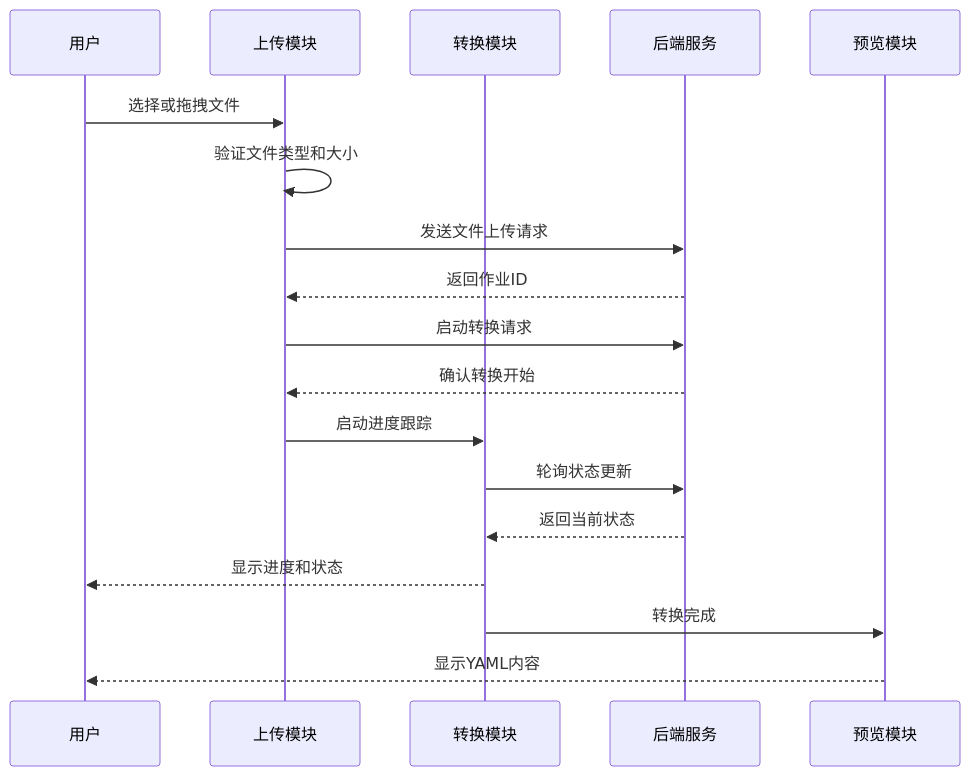
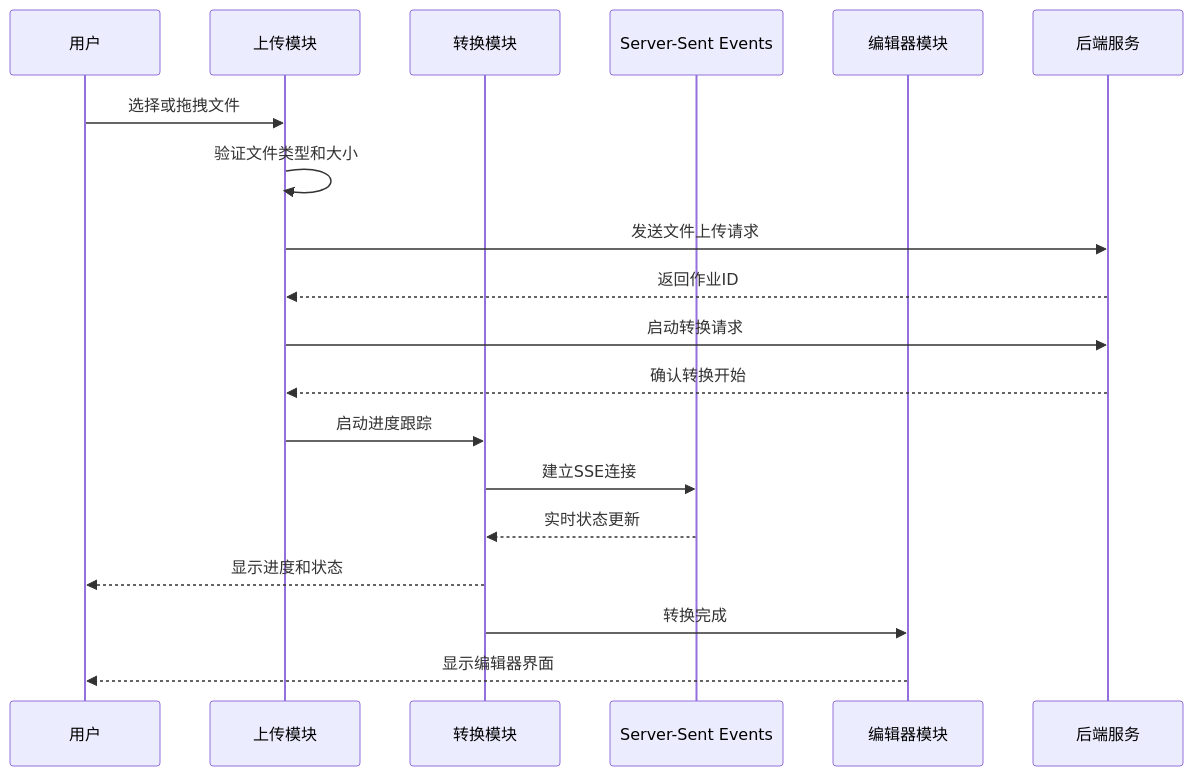
Before and after one commit to tjujingzong/Novel-to-Screenplay: the second of 13 diagrams in .qoder/repowiki/zh/content/前端界面/JavaScript交互逻辑.md, drawn with Mermaid. The commit also changed other lines of this file and 6 other files, not shown here.

````diff
--- a/.qoder/repowiki/zh/content/前端界面/JavaScript交互逻辑.md
+++ b/.qoder/repowiki/zh/content/前端界面/JavaScript交互逻辑.md
@@ -115,20 +150,21 @@
 ```mermaid
 sequenceDiagram
 participant User as 用户
 participant Upload as 上传模块
 participant Conversion as 转换模块
+participant SSE as Server-Sent Events
+participant Editor as 编辑器模块
 participant Backend as 后端服务
-participant Preview as 预览模块
 User->>Upload : 选择或拖拽文件
 Upload->>Upload : 验证文件类型和大小
 Upload->>Backend : 发送文件上传请求
 Backend-->>Upload : 返回作业ID
 Upload->>Backend : 启动转换请求
 Backend-->>Upload : 确认转换开始
 Upload->>Conversion : 启动进度跟踪
-Conversion->>Backend : 轮询状态更新
-Backend-->>Conversion : 返回当前状态
+Conversion->>SSE : 建立SSE连接
+SSE-->>Conversion : 实时状态更新
 Conversion-->>User : 显示进度和状态
-Conversion->>Preview : 转换完成
-Preview-->>User : 显示YAML内容
+Conversion->>Editor : 转换完成
+Editor-->>User : 显示编辑器界面
 ```
````
